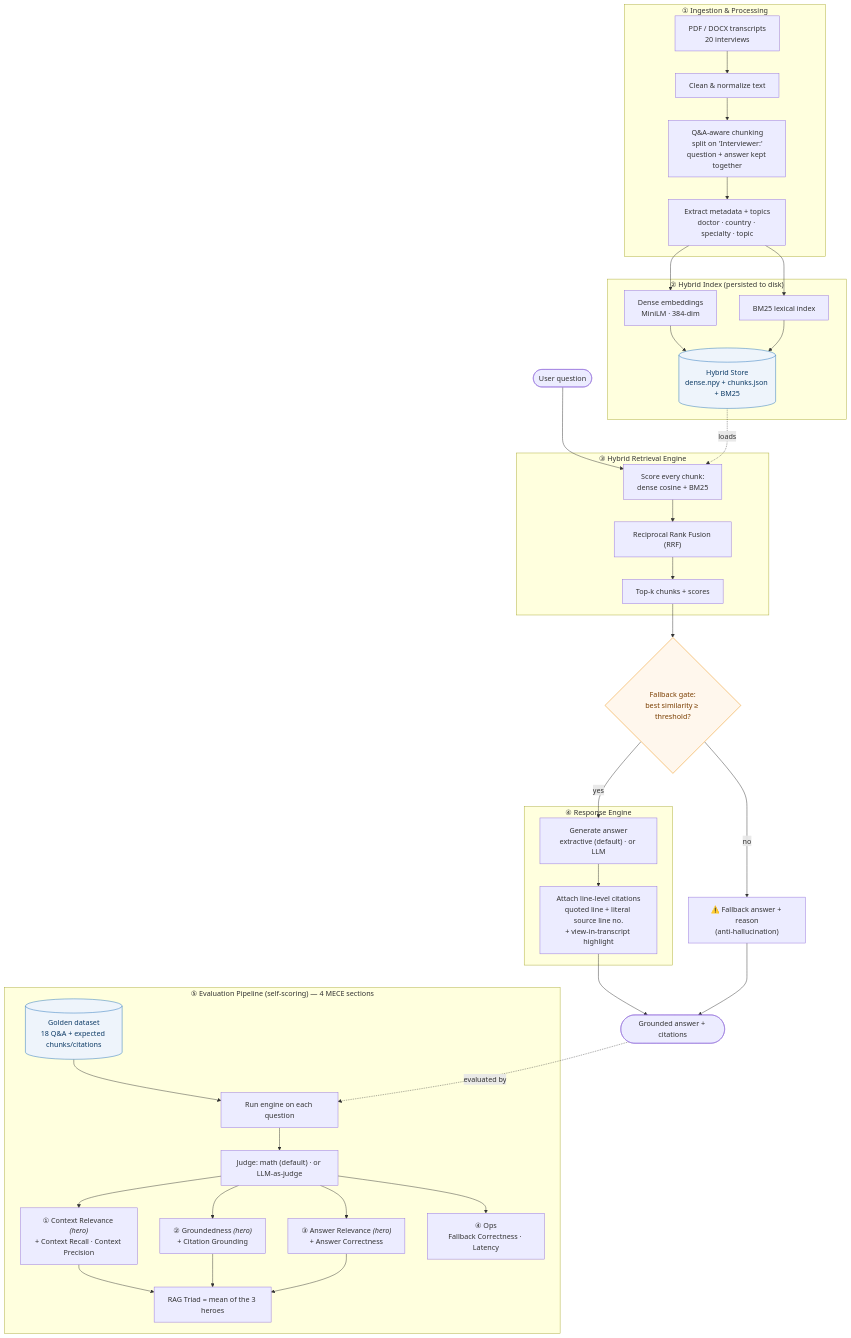
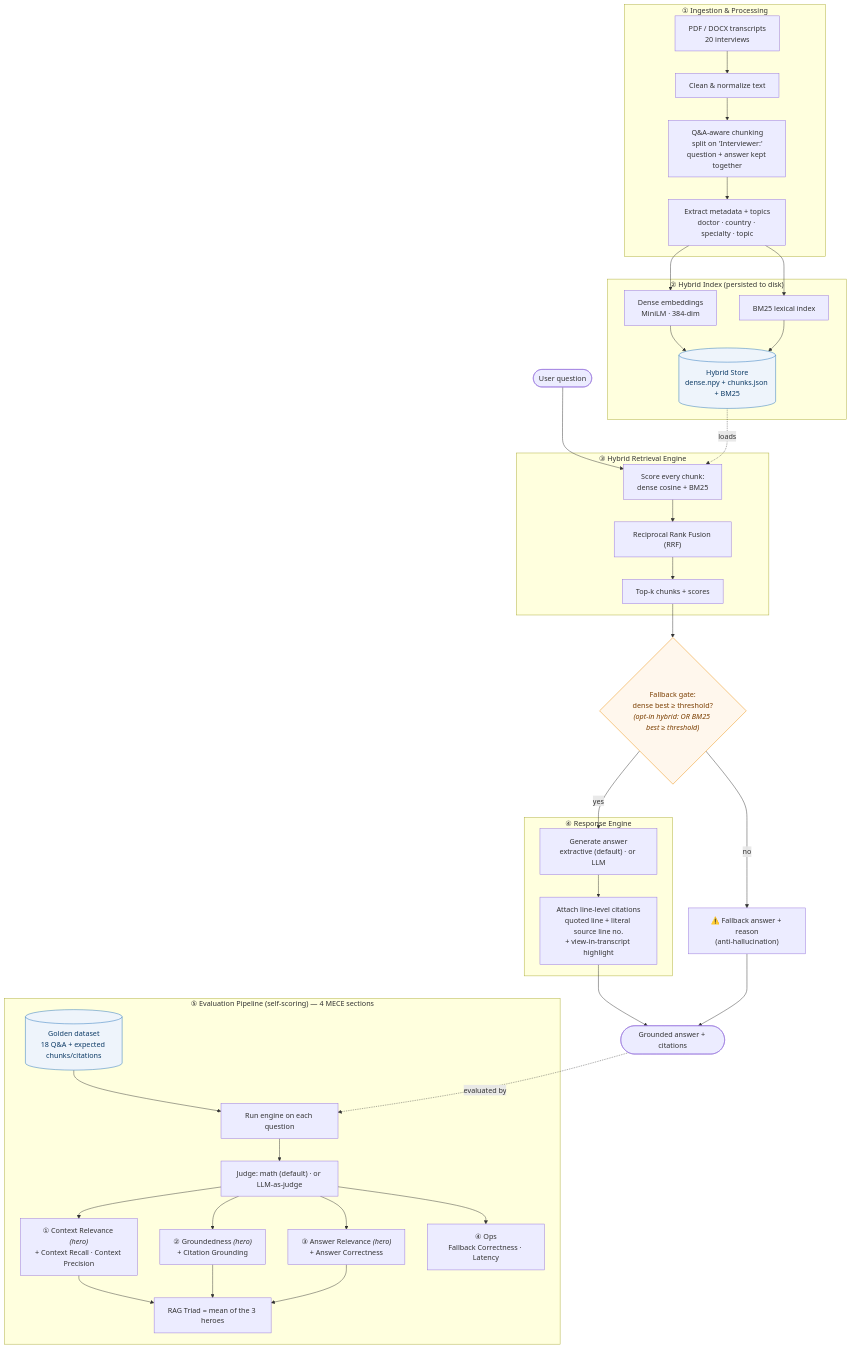
One commit to vamshiverse/rag-covid-interviews changed the diagram in docs/PIPELINE.md. Above: the diagram before and after it, drawn with Mermaid. The commit also changed 5 other files, not shown here.

````diff
--- a/docs/PIPELINE.md
+++ b/docs/PIPELINE.md
@@ -7,52 +7,52 @@
 ```mermaid
 flowchart TD
   %% ---------------- Ingestion ----------------
   subgraph INGEST["① Ingestion & Processing"]
     A[PDF / DOCX transcripts<br/>20 interviews] --> B[Clean & normalize text]
     B --> C["Q&A-aware chunking<br/>split on 'Interviewer:'<br/>question + answer kept together"]
     C --> D["Extract metadata + topics<br/>doctor · country · specialty · topic"]
   end
 
   %% ---------------- Index ----------------
   subgraph INDEX["② Hybrid Index (persisted to disk)"]
     D --> E["Dense embeddings<br/>MiniLM · 384-dim"]
     D --> F["BM25 lexical index"]
     E --> G[(Hybrid Store<br/>dense.npy + chunks.json + BM25)]
     F --> G
   end
 
   %% ---------------- Retrieval ----------------
   Q([User question]) --> R
   subgraph RETRIEVE["③ Hybrid Retrieval Engine"]
     R["Score every chunk:<br/>dense cosine + BM25"] --> S["Reciprocal Rank Fusion (RRF)"]
     S --> X[Top-k chunks + scores]
   end
   G -.loads.-> R
 
   %% ---------------- Fallback + Response ----------------
-  X --> GATE{"Fallback gate:<br/>best similarity ≥ threshold?"}
+  X --> GATE{"Fallback gate:<br/>dense best ≥ threshold?<br/><i>(opt-in hybrid: OR BM25 best ≥ threshold)</i>"}
   GATE -->|no| FB["⚠️ Fallback answer + reason<br/>(anti-hallucination)"]
   GATE -->|yes| GEN
   subgraph RESPOND["④ Response Engine"]
     GEN["Generate answer<br/>extractive (default) · or LLM"] --> CITE["Attach line-level citations<br/>quoted line + literal source line no.<br/>+ view-in-transcript highlight"]
   end
   CITE --> ANS([Grounded answer + citations])
   FB --> ANS
 
   %% ---------------- Evaluation ----------------
   subgraph EVAL["⑤ Evaluation Pipeline (self-scoring) — 4 MECE sections"]
     GD[(Golden dataset<br/>18 Q&A + expected chunks/citations)] --> EV["Run engine on each question"]
     EV --> JUDGE["Judge: math (default) · or LLM-as-judge"]
     JUDGE --> M1["① Context Relevance <i>(hero)</i><br/>+ Context Recall · Context Precision"]
     JUDGE --> M2["② Groundedness <i>(hero)</i><br/>+ Citation Grounding"]
     JUDGE --> M3["③ Answer Relevance <i>(hero)</i><br/>+ Answer Correctness"]
     JUDGE --> M4["④ Ops<br/>Fallback Correctness · Latency"]
     M1 & M2 & M3 --> TRIAD["RAG Triad = mean of the 3 heroes"]
   end
   ANS -.evaluated by.-> EV
 
   classDef store fill:#eef4fb,stroke:#1d6fb8,color:#0d3b66;
   classDef gate fill:#fff7ed,stroke:#ea8c00,color:#7a3e00;
   class G,GD store;
   class GATE gate;
 ```
````
